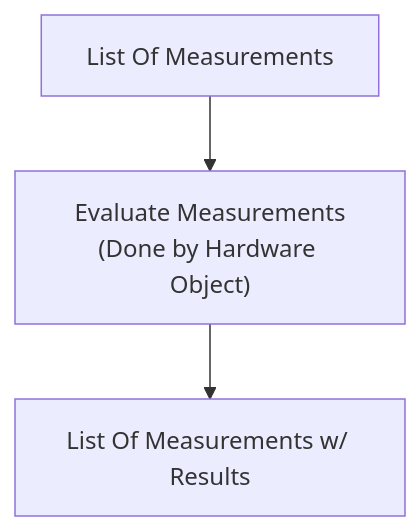
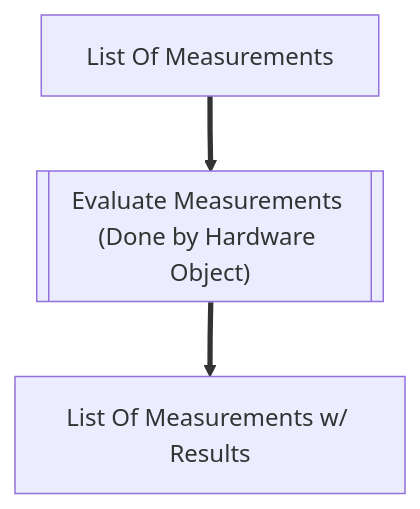
One commit to evolvablehardware/BitstreamEvolution changed diagram 11 of 22 in docs/sphinx/source/architecture/index.rst. Above: the diagram before and after it, drawn with Mermaid. The commit also changed other lines of this file and 5 other files, not shown here.

Commit message:
updated the Architectural description to finally translate it off of the images of slides.

```diff
--- a/docs/sphinx/source/architecture/index.rst
+++ b/docs/sphinx/source/architecture/index.rst
@@ -202,9 +299,9 @@
 .. mermaid::
 
    flowchart TD
        list["List Of Measurements"]
-       eval["Evaluate Measurements\n(Done by Hardware Object)"]
+       eval[["Evaluate Measurements (Done by Hardware Object)"]]
        result["List Of Measurements w/ Results"]
 
-       list --> eval
-       eval --> result
+       list ==> eval
+       eval ==> result
```
